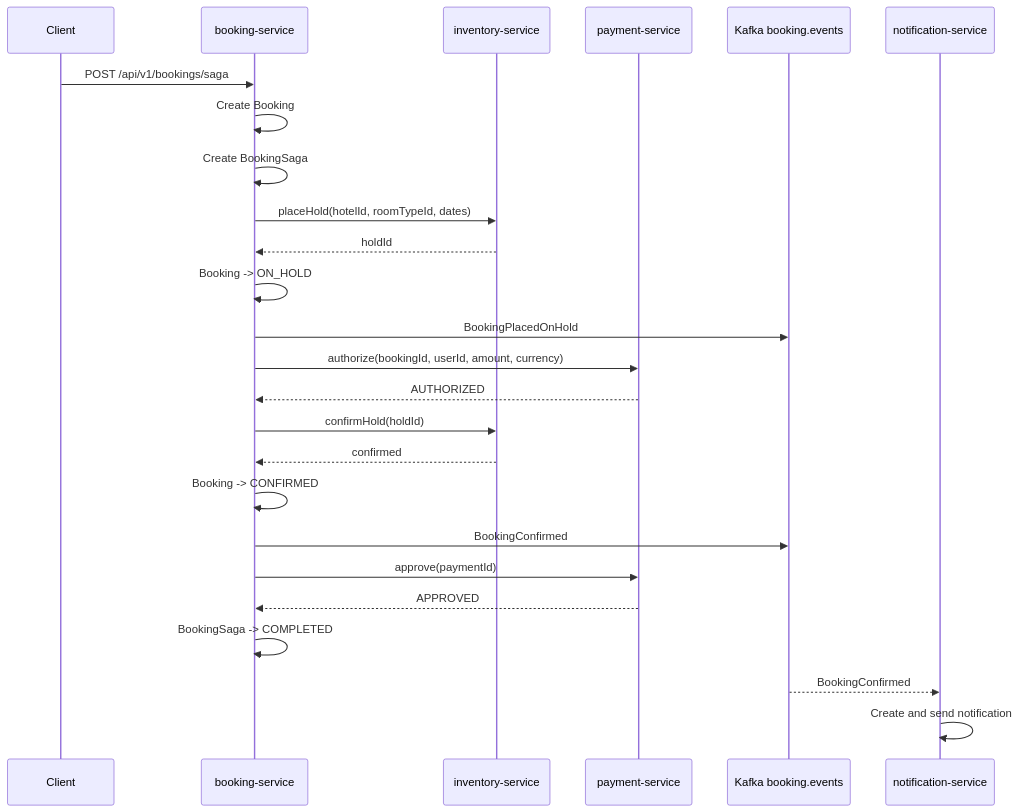
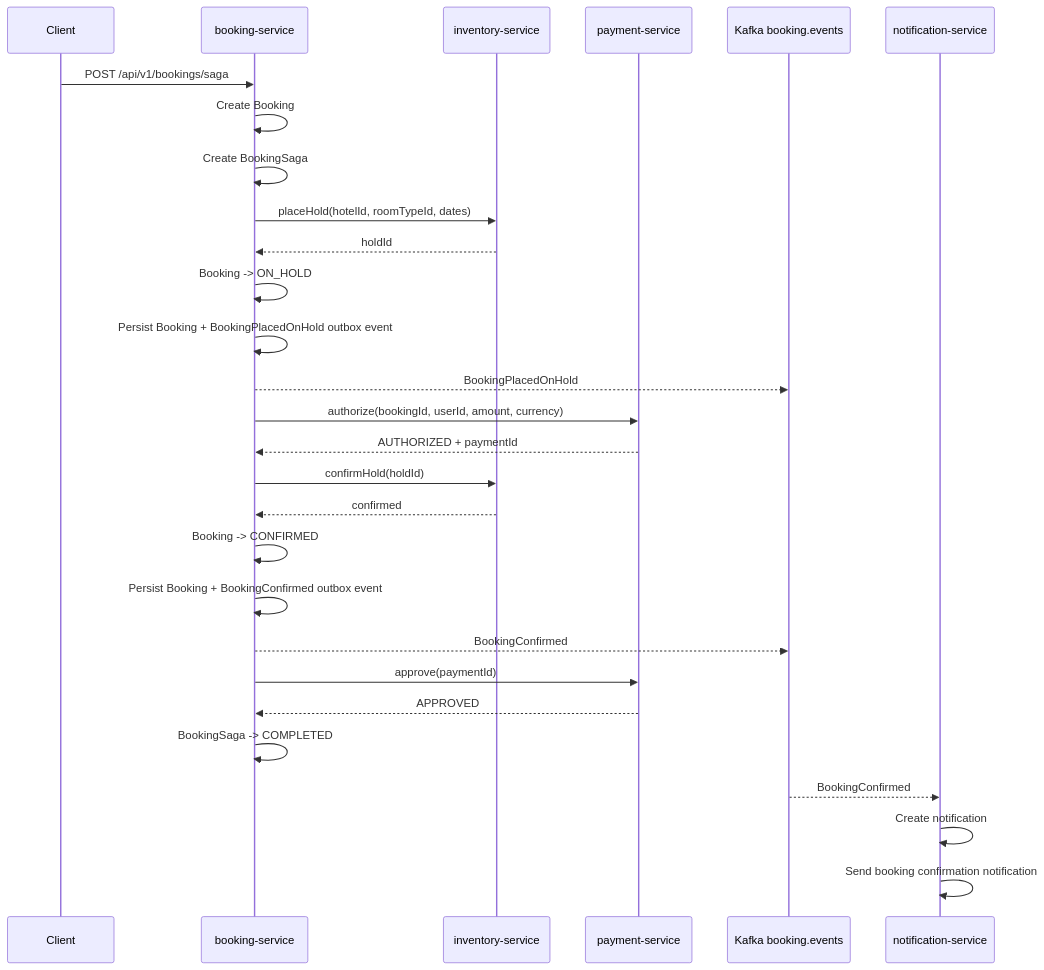
One commit to VolkovIO/hotelbooking changed the second of 6 diagrams in docs/booking-saga.md. Above: the diagram before and after it, drawn with Mermaid. The commit also changed other lines of this file, not shown here.

Commit message:
docs(booking): add booking saga diagrams

````diff
--- a/docs/booking-saga.md
+++ b/docs/booking-saga.md
@@ -36,34 +80,38 @@
 ```mermaid
 sequenceDiagram
     participant Client
     participant Booking as booking-service
     participant Inventory as inventory-service
     participant Payment as payment-service
     participant Kafka as Kafka booking.events
     participant Notification as notification-service
 
     Client->>Booking: POST /api/v1/bookings/saga
     Booking->>Booking: Create Booking
     Booking->>Booking: Create BookingSaga
 
     Booking->>Inventory: placeHold(hotelId, roomTypeId, dates)
     Inventory-->>Booking: holdId
+
     Booking->>Booking: Booking -> ON_HOLD
-    Booking->>Kafka: BookingPlacedOnHold
+    Booking->>Booking: Persist Booking + BookingPlacedOnHold outbox event
+    Booking-->>Kafka: BookingPlacedOnHold
 
     Booking->>Payment: authorize(bookingId, userId, amount, currency)
-    Payment-->>Booking: AUTHORIZED
+    Payment-->>Booking: AUTHORIZED + paymentId
 
     Booking->>Inventory: confirmHold(holdId)
     Inventory-->>Booking: confirmed
 
     Booking->>Booking: Booking -> CONFIRMED
-    Booking->>Kafka: BookingConfirmed
+    Booking->>Booking: Persist Booking + BookingConfirmed outbox event
+    Booking-->>Kafka: BookingConfirmed
 
     Booking->>Payment: approve(paymentId)
     Payment-->>Booking: APPROVED
 
     Booking->>Booking: BookingSaga -> COMPLETED
     Kafka-->>Notification: BookingConfirmed
-    Notification->>Notification: Create and send notification
+    Notification->>Notification: Create notification
+    Notification->>Notification: Send booking confirmation notification
 ```
````
